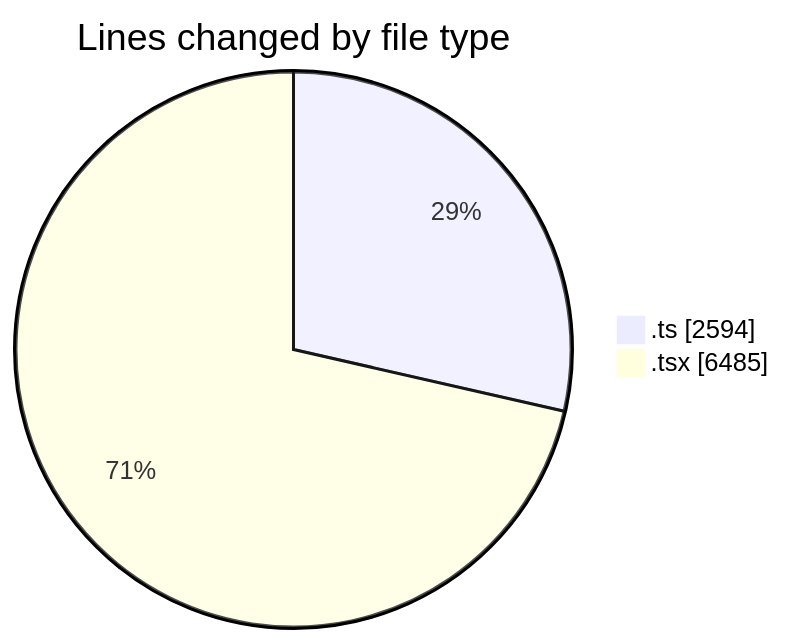
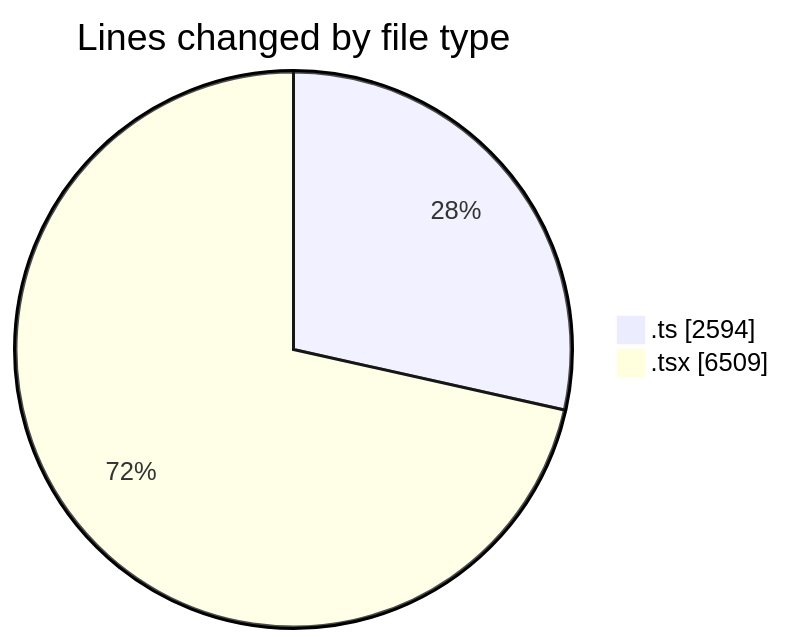
One commit to momahboobian/code-tracking changed the first of 2 diagrams in 2025-07-01/cda/README.md. Above: the diagram before and after it, drawn with Mermaid. The commit also changed other lines of this file and 1 other file, not shown here.

````diff
--- a/2025-07-01/cda/README.md
+++ b/2025-07-01/cda/README.md
@@ -44,6 +44,6 @@
 ```mermaid
 pie showData
 title Lines changed by file type
 ".ts" : 2594
-".tsx" : 6485
+".tsx" : 6509
 ```
````
